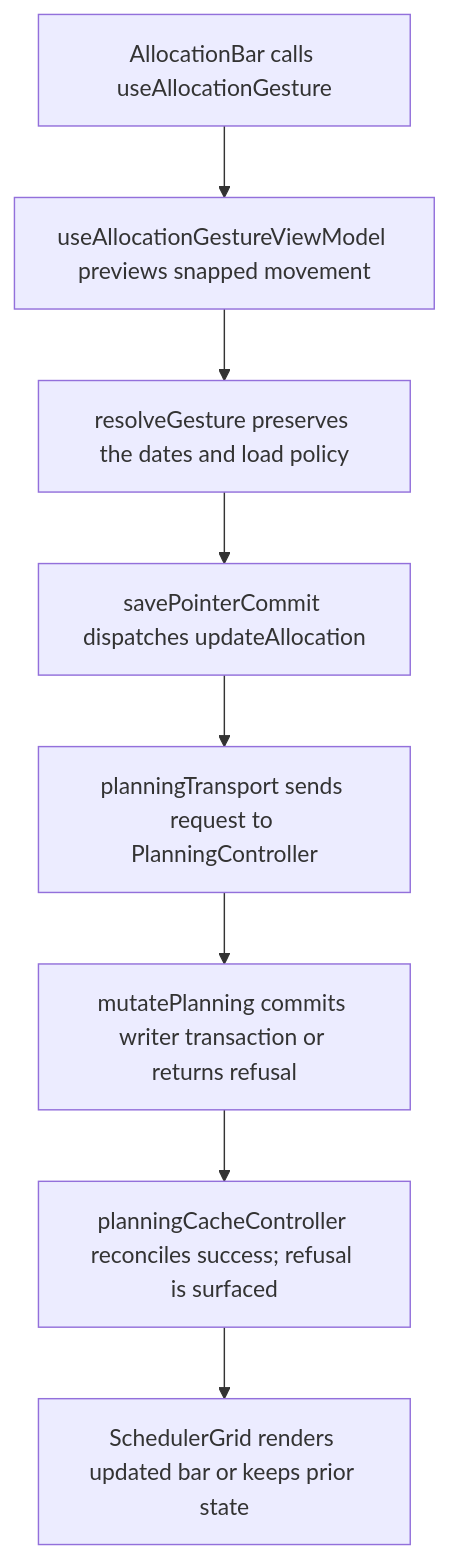
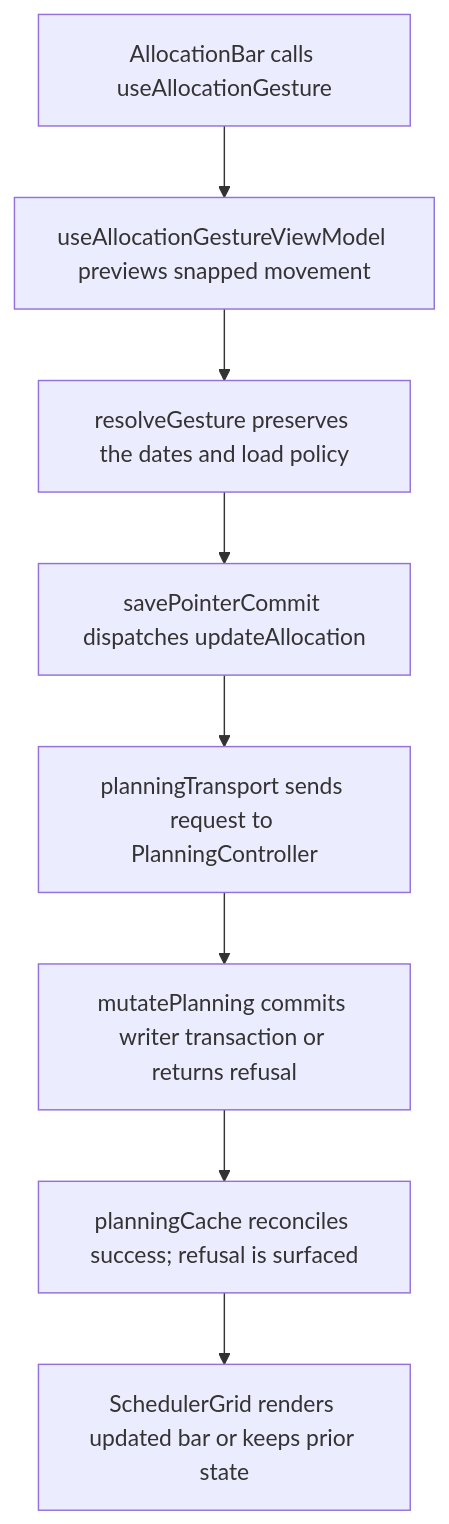
The second of 2 diagrams in user-stories/scheduler/US-SCH-04-move-drag.md (Kevinjohn/capacitylens), drawn with Mermaid before and after one commit. The commit also changed other lines of this file and 117 other files, not shown here.

First line of the commit message:
Planning cache: rename the planning cache controller family

````diff
--- a/user-stories/scheduler/US-SCH-04-move-drag.md
+++ b/user-stories/scheduler/US-SCH-04-move-drag.md
@@ -33,10 +33,10 @@
 ```mermaid
 flowchart TD
   A["AllocationBar calls useAllocationGesture"] --> B["useAllocationGestureViewModel previews snapped movement"]
   B --> C["resolveGesture preserves the dates and load policy"]
   C --> D["savePointerCommit dispatches updateAllocation"]
   D --> E["planningTransport sends request to PlanningController"]
   E --> F["mutatePlanning commits writer transaction or returns refusal"]
-  F --> G["planningCacheController reconciles success; refusal is surfaced"]
+  F --> G["planningCache reconciles success; refusal is surfaced"]
   G --> H["SchedulerGrid renders updated bar or keeps prior state"]
 ```
````
